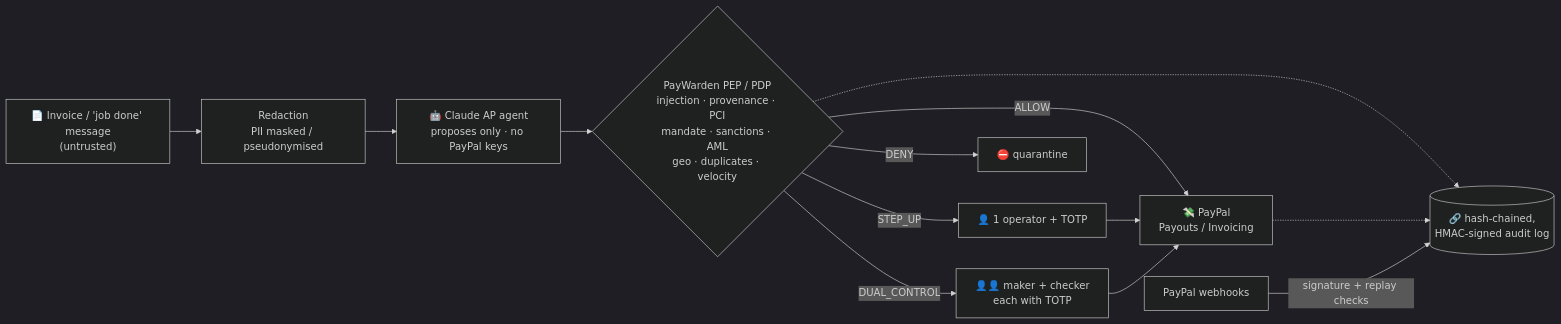
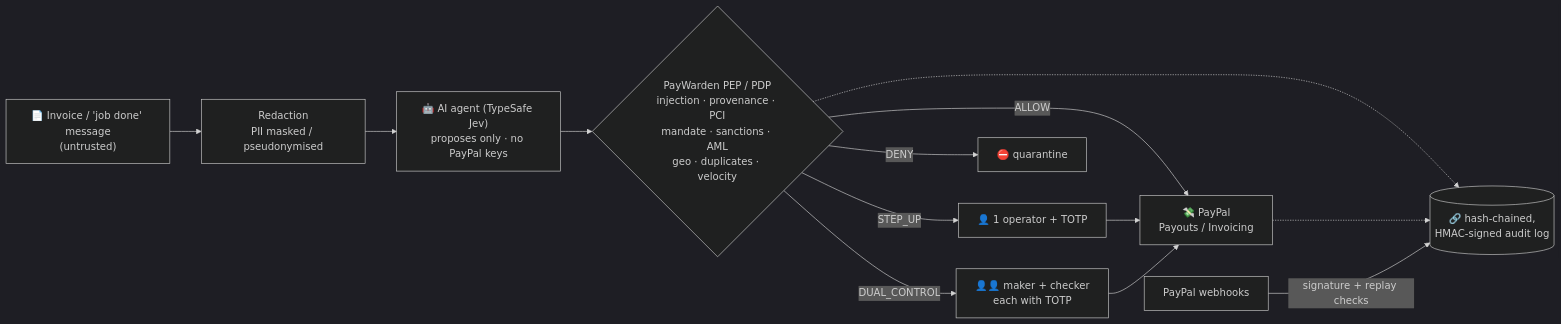
Before and after one commit to natrajexplore/paywarden: the first of 4 diagrams in README.md, drawn with Mermaid (dark theme). The commit also changed other lines of this file and 15 other files, not shown here.

First line of the commit message:
Add TypeSafe Jev as the AI engine (decision model) with AI-05/AI-06

````diff
--- a/README.md
+++ b/README.md
@@ -51,13 +51,13 @@
 ```mermaid
 flowchart LR
     D["📄 Invoice / 'job done' message<br/>(untrusted)"] --> R["Redaction<br/>PII masked / pseudonymised"]
-    R --> A["🤖 Claude AP agent<br/>proposes only · no PayPal keys"]
+    R --> A["🤖 AI agent (TypeSafe Jev)<br/>proposes only · no PayPal keys"]
     A --> P{"PayWarden PEP / PDP<br/>injection · provenance · PCI<br/>mandate · sanctions · AML<br/>geo · duplicates · velocity"}
     P -- ALLOW --> X["💸 PayPal<br/>Payouts / Invoicing"]
     P -- STEP_UP --> H1["👤 1 operator + TOTP"] --> X
     P -- DUAL_CONTROL --> H2["👤👤 maker + checker<br/>each with TOTP"] --> X
     P -- DENY --> Q["⛔ quarantine"]
     P -.-> L[("🔗 hash-chained,<br/>HMAC-signed audit log")]
     X -.-> L
     W["PayPal webhooks"] -- "signature + replay checks" --> L
 ```
````
